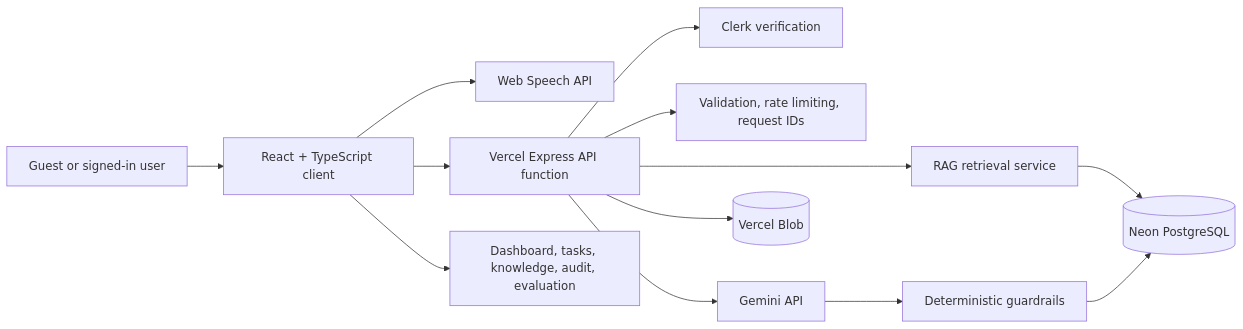
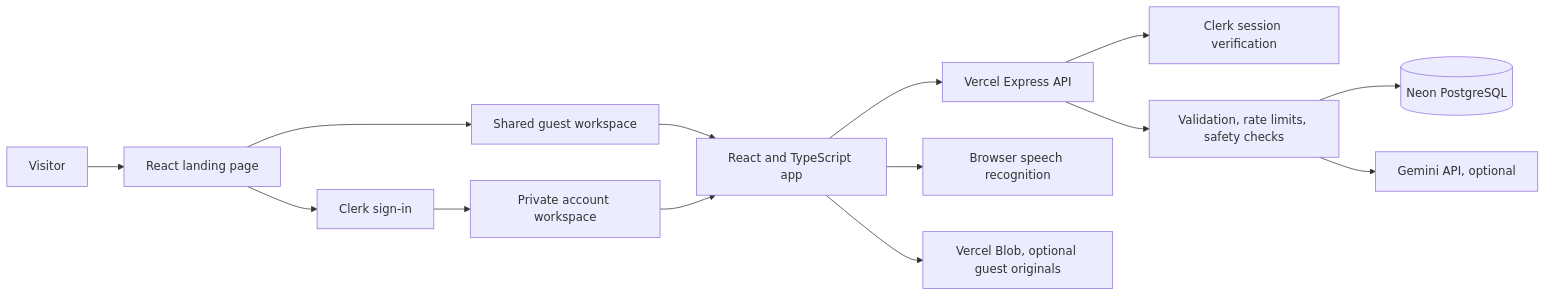
The diagram in README.md (SID-CSE/AI-Voice-To-Action), drawn with Mermaid before and after one commit. The commit also changed other lines of this file and 7 other files, not shown here.

Commit message:
Landing Page

````diff
--- a/README.md
+++ b/README.md
@@ -156,15 +47,16 @@
 ```mermaid
 flowchart LR
-    User[Guest or signed-in user] --> Browser[React + TypeScript client]
-    Browser --> Voice[Web Speech API]
-    Browser --> API[Vercel Express API function]
-    API --> Auth[Clerk verification]
-    API --> Guard[Validation, rate limiting, request IDs]
-    API --> RAG[RAG retrieval service]
-    RAG --> Neon[(Neon PostgreSQL)]
-    API --> Gemini[Gemini API]
-    Gemini --> Safety[Deterministic guardrails]
-    Safety --> Neon
-    API --> Blob[(Vercel Blob)]
-    Browser --> UI[Dashboard, tasks, knowledge, audit, evaluation]
+    Visitor[Visitor] --> Landing[React landing page]
+    Landing --> Guest[Shared guest workspace]
+    Landing --> Clerk[Clerk sign-in]
+    Clerk --> Private[Private account workspace]
+    Guest --> Browser[React and TypeScript app]
+    Private --> Browser
+    Browser --> API[Vercel Express API]
+    API --> Auth[Clerk session verification]
+    API --> Validate[Validation, rate limits, safety checks]
+    Validate --> Neon[(Neon PostgreSQL)]
+    Validate --> Gemini[Gemini API, optional]
+    Browser --> Speech[Browser speech recognition]
+    Browser --> Blob[Vercel Blob, optional guest originals]
 ```
````
